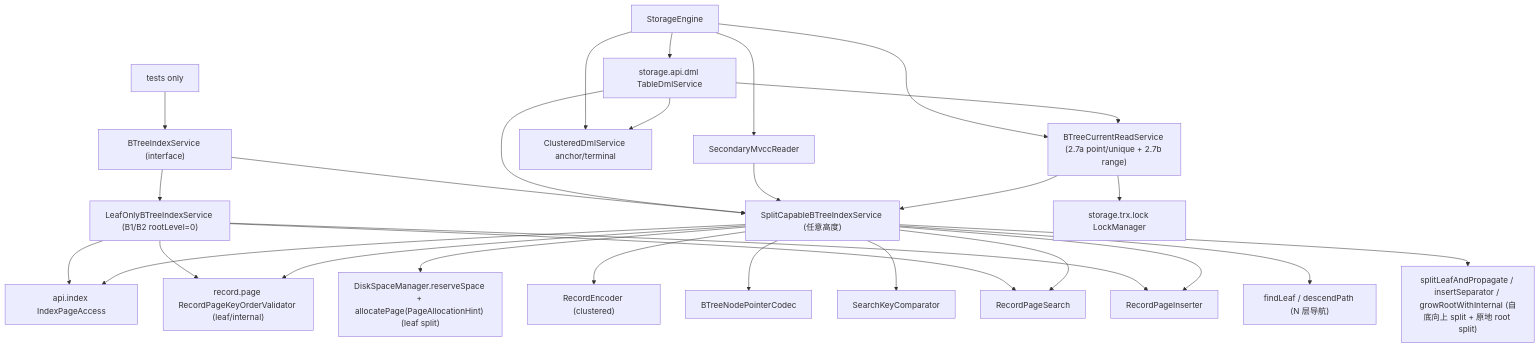
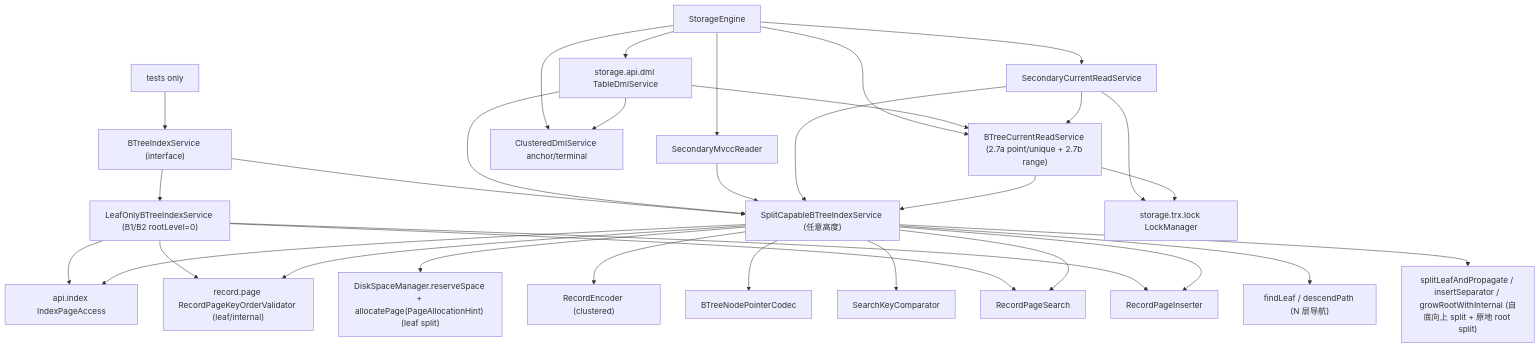
Before and after one commit to mywnlb/dbtest: the fourth of 11 diagrams in docs/design/current-implementation-map.md, drawn with Mermaid. The commit also changed other lines of this file and 219 other files, not shown here.

````diff
--- a/docs/design/current-implementation-map.md
+++ b/docs/design/current-implementation-map.md
@@ -217,31 +217,35 @@
 ```mermaid
 flowchart TD
   Facade["BTreeIndexService (interface)"]
   Facade --> Leaf["LeafOnlyBTreeIndexService (B1/B2 rootLevel=0)"]
   Facade --> Split["SplitCapableBTreeIndexService (任意高度)"]
   Leaf --> PageAccess["api.index IndexPageAccess"]
   Split --> PageAccess
   Leaf --> KeyOrderValidator["record.page RecordPageKeyOrderValidator (leaf/internal)"]
   Split --> KeyOrderValidator
   Split --> Disk["DiskSpaceManager.reserveSpace + allocatePage(PageAllocationHint) (leaf split)"]
   Split --> RecordEncoder["RecordEncoder (clustered)"]
   Split --> PtrCodec["BTreeNodePointerCodec"]
   Split --> KeyCmp["SearchKeyComparator"]
   Leaf --> RSearch["RecordPageSearch"]
   Split --> RSearch
   Leaf --> RInserter["RecordPageInserter"]
   Split --> RInserter
   Split --> Descend["findLeaf / descendPath (N 层导航)"]
   Split --> SplitEngine["splitLeafAndPropagate / insertSeparator / growRootWithInternal (自底向上 split + 原地 root split)"]
   Engine["StorageEngine"] --> CurrentRead["BTreeCurrentReadService (2.7a point/unique + 2.7b range)"]
   Engine --> DML["storage.api.dml TableDmlService"]
   Engine --> ClusteredDML["ClusteredDmlService anchor/terminal"]
   DML --> ClusteredDML
   DML --> CurrentRead
   DML --> Split
   Engine --> SecondaryMvcc["SecondaryMvccReader"]
+  Engine --> SecondaryCurrent["SecondaryCurrentReadService"]
   SecondaryMvcc --> Split
+  SecondaryCurrent --> Split
+  SecondaryCurrent --> CurrentRead
+  SecondaryCurrent --> LockMgr
   CurrentRead --> Split
   CurrentRead --> LockMgr["storage.trx.lock LockManager"]
   Tests["tests only"] --> Facade
 ```
````
